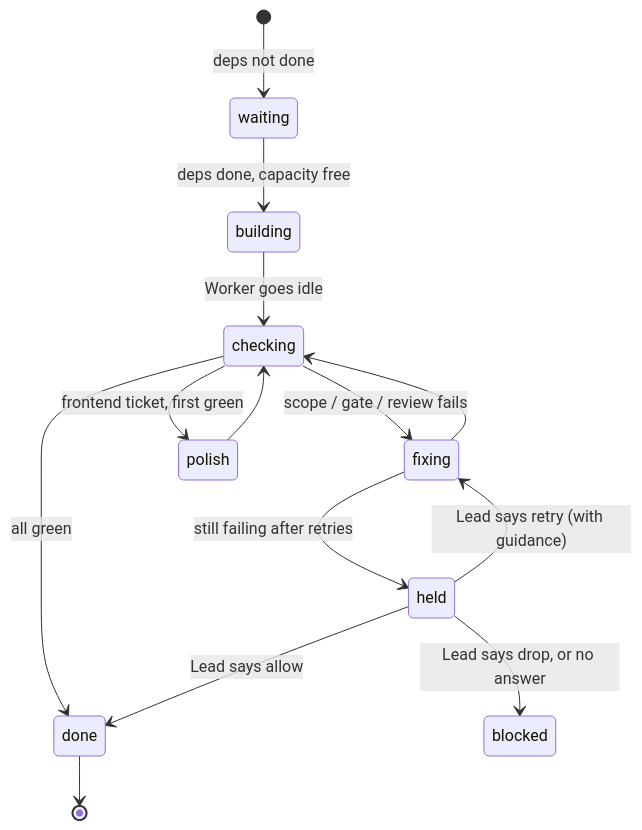
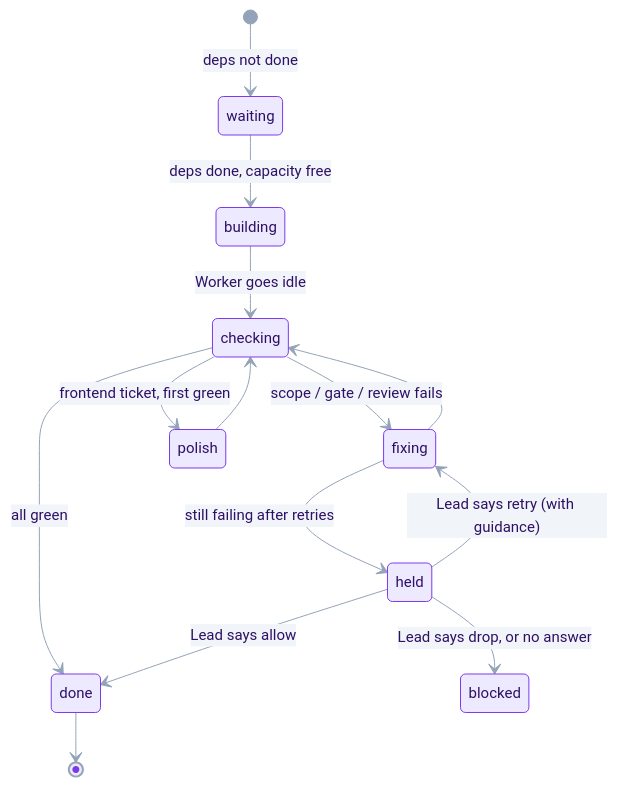
Before and after one commit to esharif20/herdr-software-factory: the fourth of 4 diagrams in docs/02-how-it-works.md, drawn with Mermaid. The commit also changed other lines of this file and 5 other files, not shown here.

Commit message:
Restyle every diagram: one theme, AI / code / check colours

````diff
--- a/docs/02-how-it-works.md
+++ b/docs/02-how-it-works.md
@@ -102,16 +111,17 @@
 ```mermaid
+%%{init: {'theme':'base','themeVariables':{'fontFamily':'-apple-system, Segoe UI, Helvetica, sans-serif','fontSize':'15px','lineColor':'#94A3B8','primaryColor':'#EDE9FE','primaryBorderColor':'#7C3AED','primaryTextColor':'#2E1065','secondaryColor':'#F1F5F9','tertiaryColor':'#DCFCE7','clusterBkg':'#FAFAFA','clusterBorder':'#CBD5E1','noteBkgColor':'#FEF3C7','noteBorderColor':'#D97706','actorBkg':'#EDE9FE','actorBorder':'#7C3AED','git0':'#7C3AED','git1':'#0EA5E9','git2':'#16A34A','git3':'#D97706'}}}%%
 stateDiagram-v2
     [*] --> waiting: deps not done
     waiting --> building: deps done, capacity free
     building --> checking: Worker goes idle
     checking --> fixing: scope / gate / review fails
     fixing --> checking
     checking --> polish: frontend ticket, first green
     polish --> checking
     checking --> done: all green
     fixing --> held: still failing after retries
     held --> fixing: Lead says retry (with guidance)
     held --> done: Lead says allow
     held --> blocked: Lead says drop, or no answer
     done --> [*]
 ```
````
